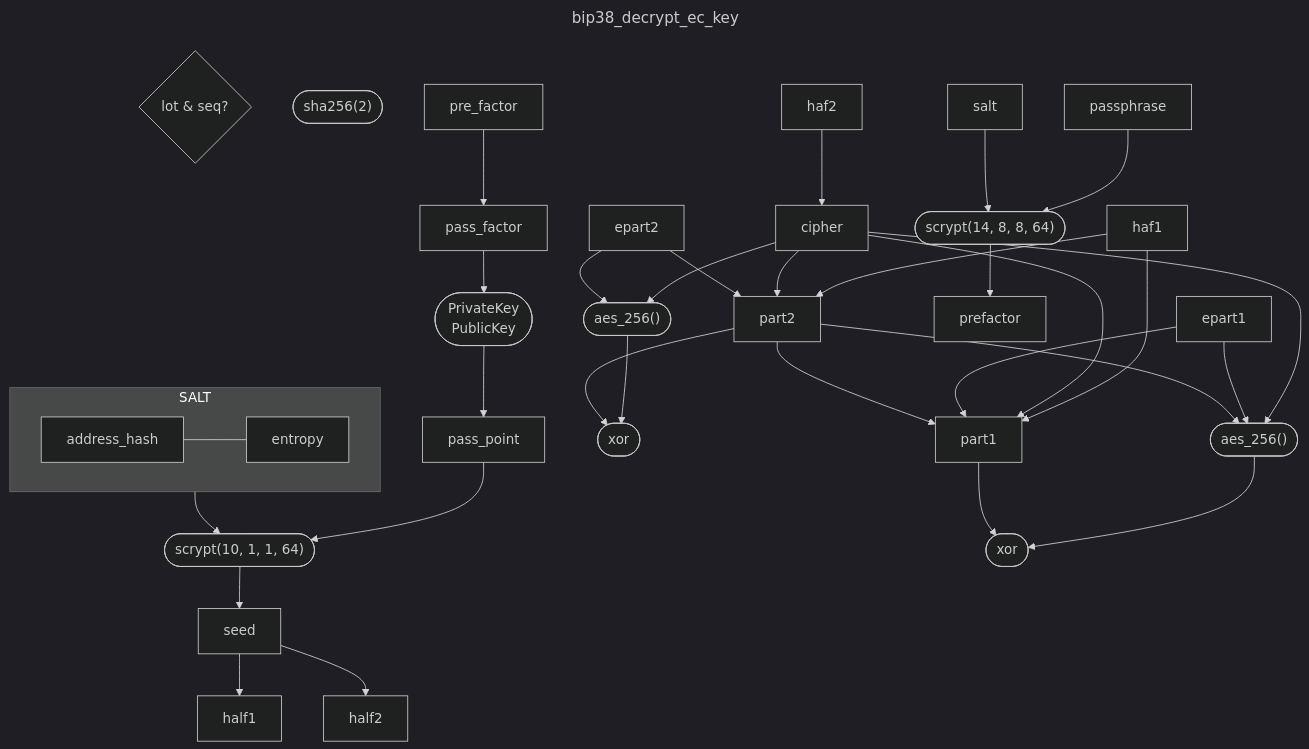
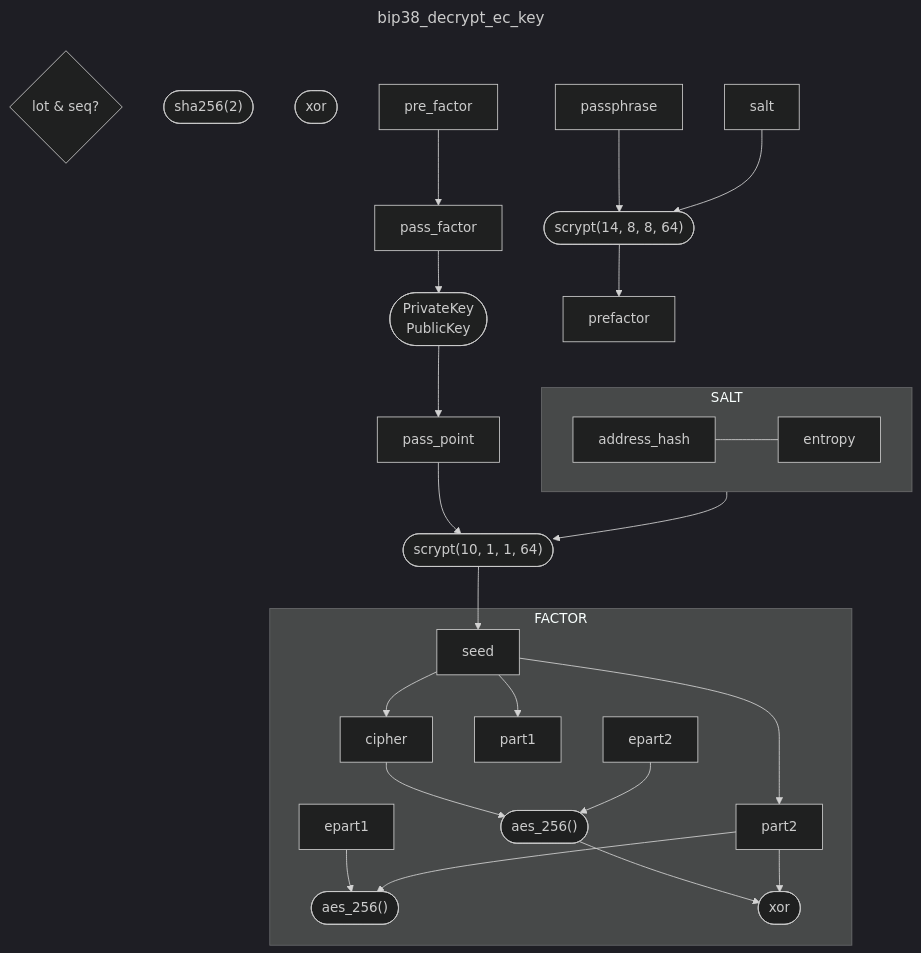
The diagram in docs/bip38_decrypt_ec_key.mmd (artimonist/bitguise), drawn with Mermaid (dark theme) before and after one commit. The commit also changed 2 other files, not shown here.

```diff
--- a/docs/bip38_decrypt_ec_key.mmd
+++ b/docs/bip38_decrypt_ec_key.mmd
@@ -1,39 +1,40 @@
 ---
 title: bip38_decrypt_ec_key
 ---
 flowchart TD
     LotSeq{"lot & seq?"}
     S1(["scrypt(14, 8, 8, 64)"])
     S2(["scrypt(10, 1, 1, 64)"])
     Sha256(["sha256(2)"])
     D1(["aes_256()"])
     D2(["aes_256()"])
     X1(["xor"])
     X2(["xor"])
     Private_to_Public(["`
       PrivateKey
       PublicKey
     `"])
 
     address_hash
     entropy
     epart1
     epart2
 
     passphrase & salt --> S1 --> prefactor
 
     %% LotSeq -->|true| pre_factor && entropy --> Sha256
     %% LotSeq -->|false| pre_factor --> pass_factor
     pre_factor --> pass_factor --> Private_to_Public --> pass_point
     subgraph SALT
       direction LR
       address_hash --- entropy
     end
     pass_point & SALT --> S2 --> seed
 
-    seed --> half1 & half2
-    haf1 --> part1 & part2
-    haf2 --> cipher
-
-    cipher & epart2 --> D2 & part2 --> X2
-    cipher & epart1 & part2 --> D1 & part1 --> X1
+    subgraph FACTOR
+      seed --> part1 & part2 & cipher
+      cipher & epart2 --> D2 --> X2
+      part2 --> X2
+      epart1 & part2 --> D1
+      %%  & part1 --> X1
+    end
```
